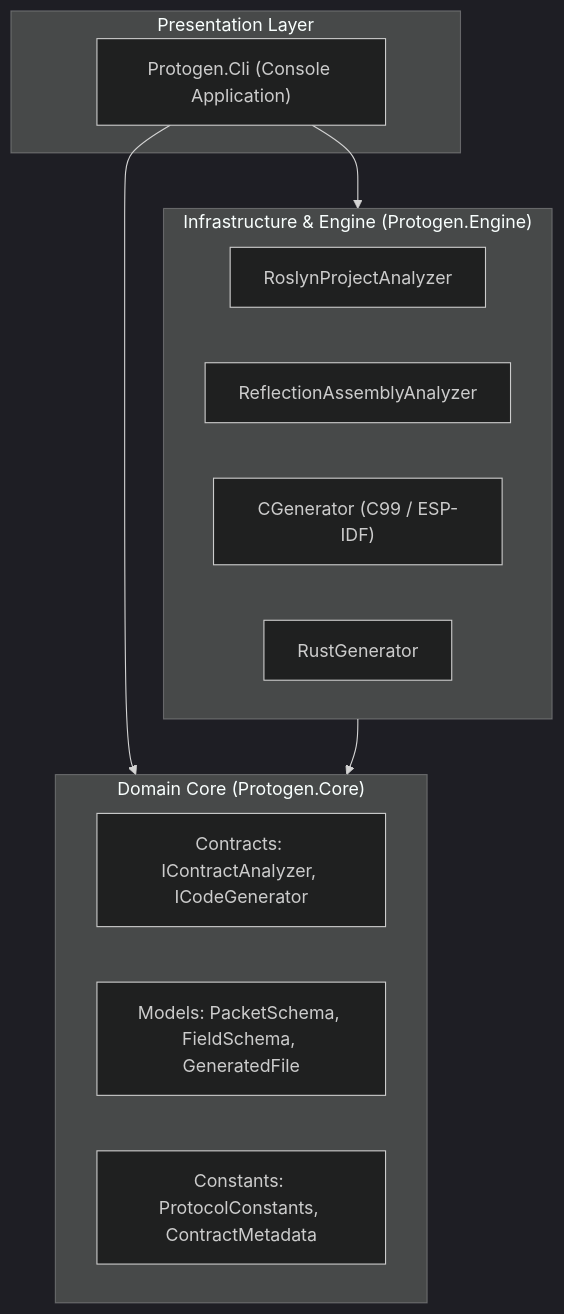
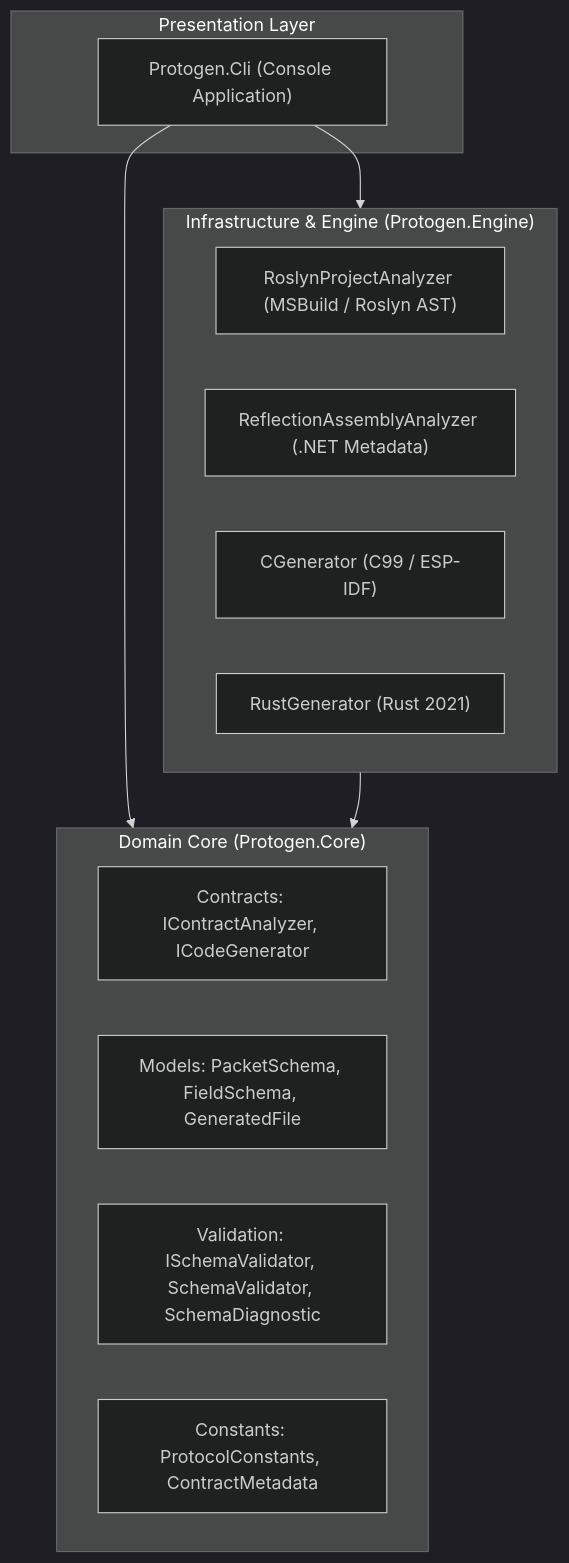
The first of 2 diagrams in docs/ARCHITECTURE.md (ppn-systems/nalix-native), drawn with Mermaid (dark theme) before and after one commit. The commit also changed other lines of this file and 17 other files, not shown here.

Commit message:
feat: add domain schema validation, enterprise CLI exit codes, xUnit test suite, and rewrite docs in formal technical tone

````diff
--- a/docs/ARCHITECTURE.md
+++ b/docs/ARCHITECTURE.md
@@ -11,23 +9,24 @@
 ```mermaid
 graph TD
     subgraph Presentation ["Presentation Layer"]
         CLI["Protogen.Cli (Console Application)"]
     end
 
     subgraph Core ["Domain Core (Protogen.Core)"]
         Contracts["Contracts: IContractAnalyzer, ICodeGenerator"]
         DomainModels["Models: PacketSchema, FieldSchema, GeneratedFile"]
+        Validation["Validation: ISchemaValidator, SchemaValidator, SchemaDiagnostic"]
         Constants["Constants: ProtocolConstants, ContractMetadata"]
     end
 
     subgraph Engine ["Infrastructure & Engine (Protogen.Engine)"]
-        RoslynAnalyzer["RoslynProjectAnalyzer"]
-        ReflectionAnalyzer["ReflectionAssemblyAnalyzer"]
+        RoslynAnalyzer["RoslynProjectAnalyzer (MSBuild / Roslyn AST)"]
+        ReflectionAnalyzer["ReflectionAssemblyAnalyzer (.NET Metadata)"]
         CGen["CGenerator (C99 / ESP-IDF)"]
-        RustGen["RustGenerator"]
+        RustGen["RustGenerator (Rust 2021)"]
     end
 
     CLI --> Core
     CLI --> Engine
     Engine --> Core
 ```
````
